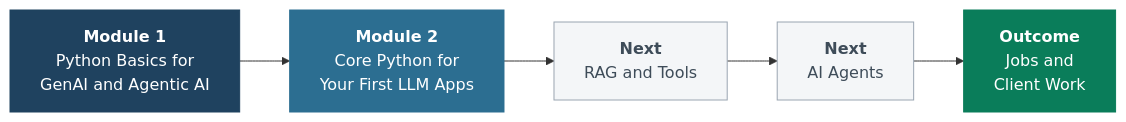
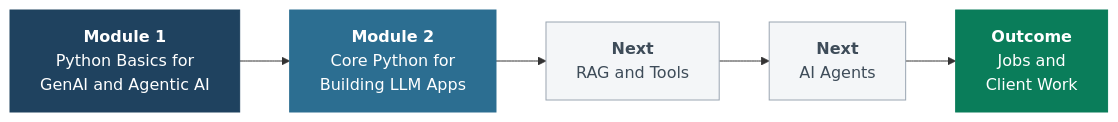
One commit to RAR8812/python-ai changed the first of 5 diagrams in README.md. Above: the diagram before and after it, drawn with Mermaid. The commit also changed other lines of this file and 6 other files, not shown here.

````diff
--- a/README.md
+++ b/README.md
@@ -67,16 +67,16 @@
 ```mermaid
 flowchart LR
     M1["<b>Module 1</b><br/>Python Basics for<br/>GenAI and Agentic AI"]
-    M2["<b>Module 2</b><br/>Core Python for<br/>Your First LLM Apps"]
+    M2["<b>Module 2</b><br/>Core Python for<br/>Building LLM Apps"]
     M3["<b>Next</b><br/>RAG and Tools"]
     M4["<b>Next</b><br/>AI Agents"]
     J["<b>Outcome</b><br/>Jobs and<br/>Client Work"]
 
     M1 --> M2 --> M3 --> M4 --> J
 
     style M1 fill:#1f425f,stroke:#1f425f,color:#ffffff
     style M2 fill:#2c6e91,stroke:#2c6e91,color:#ffffff
     style M3 fill:#f4f6f8,stroke:#9aa5b1,color:#3e4c59
     style M4 fill:#f4f6f8,stroke:#9aa5b1,color:#3e4c59
     style J fill:#0a7d5a,stroke:#0a7d5a,color:#ffffff
 ```
````
